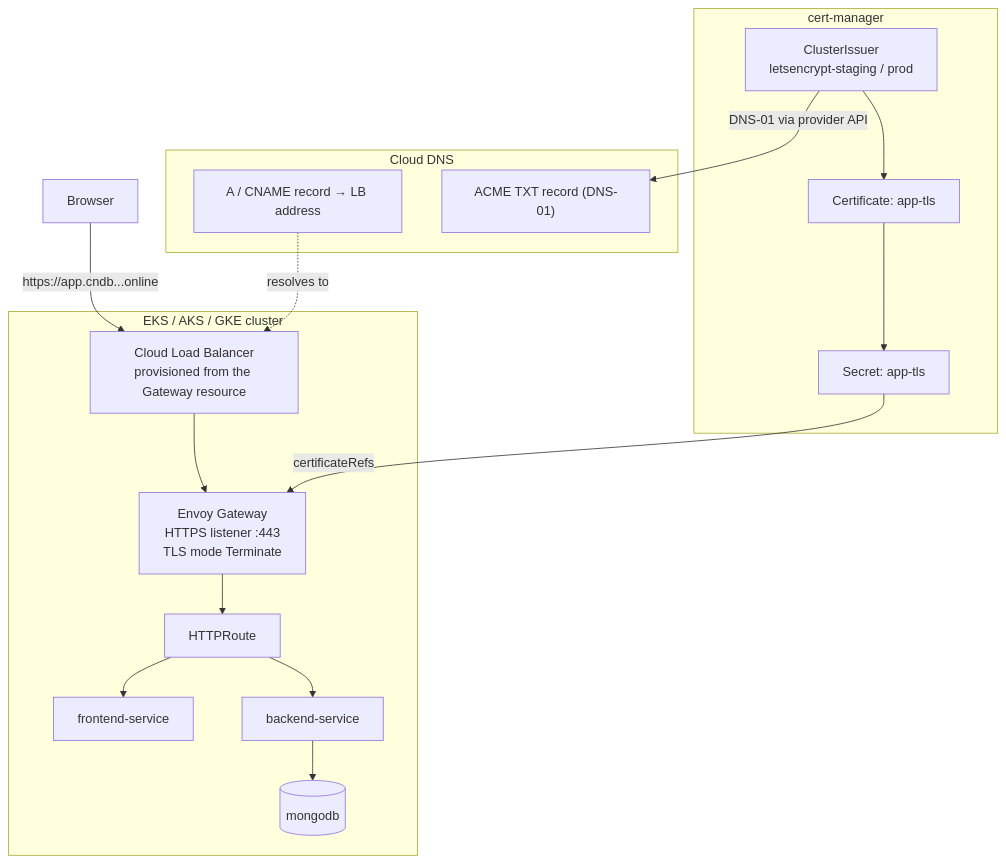
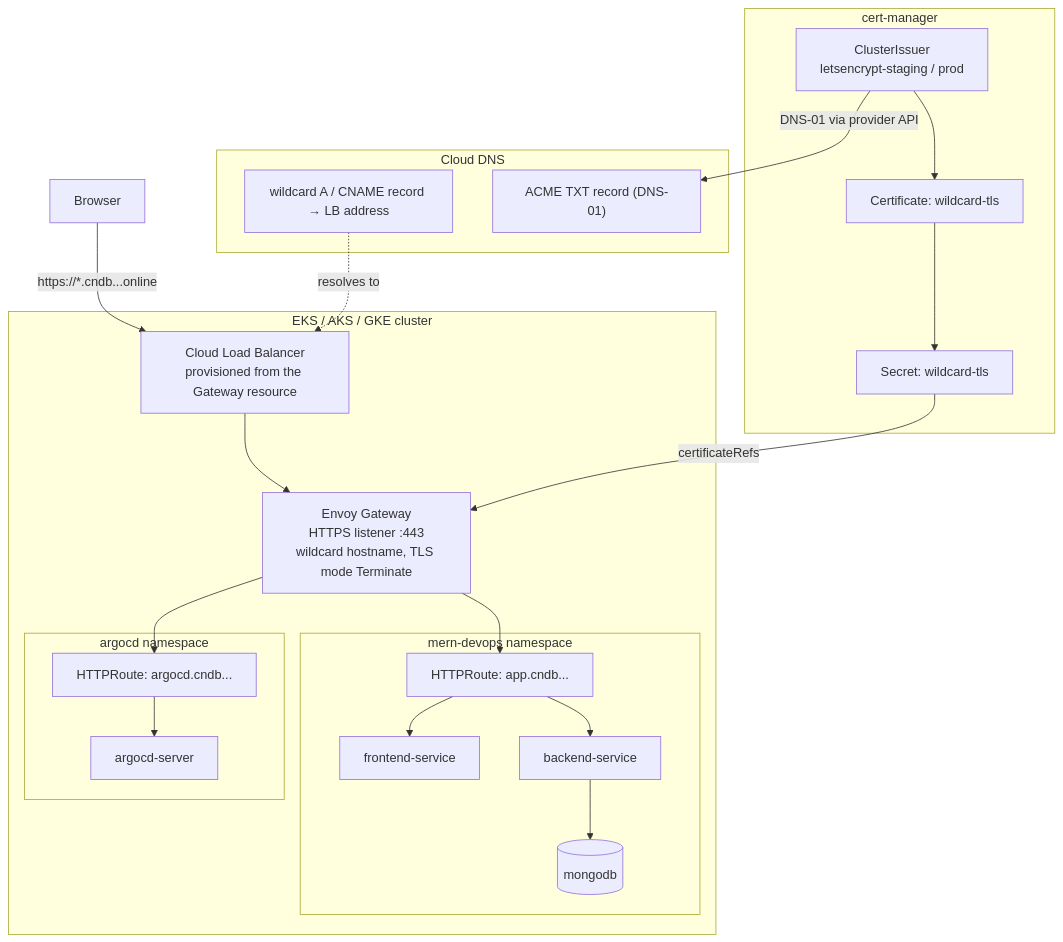
The first of 2 diagrams in README.md (atkaridarshan04/cloudnative-devops-blueprint), drawn with Mermaid before and after one commit. The commit also changed other lines of this file and 12 other files, not shown here.

Commit message:
add argocd gitops deployment and switch to a wildcard TLS cert

````diff
--- a/README.md
+++ b/README.md
@@ -49,33 +51,41 @@
 ```mermaid
 flowchart TD
-    Browser[Browser] -->|"https://app.cndb...online"| LB
+    Browser[Browser] -->|"https://*.cndb...online"| LB
 
     subgraph "Cloud DNS"
-        DNSRec["A / CNAME record → LB address"]
+        DNSRec["wildcard A / CNAME record → LB address"]
         TXT["ACME TXT record (DNS-01)"]
     end
 
     subgraph "EKS / AKS / GKE cluster"
         LB[Cloud Load Balancer<br/>provisioned from the Gateway resource]
-        GW[Envoy Gateway<br/>HTTPS listener :443<br/>TLS mode Terminate]
-        Route[HTTPRoute]
-        FE[frontend-service]
-        BE[backend-service]
-        DB[(mongodb)]
+        GW[Envoy Gateway<br/>HTTPS listener :443<br/>wildcard hostname, TLS mode Terminate]
+
+        subgraph "mern-devops namespace"
+            AppRoute[HTTPRoute: app.cndb...]
+            FE[frontend-service]
+            BE[backend-service]
+            DB[(mongodb)]
+        end
+
+        subgraph "argocd namespace"
+            ArgoRoute[HTTPRoute: argocd.cndb...]
+            ArgoSvc[argocd-server]
+        end
     end
 
     subgraph "cert-manager"
         CI[ClusterIssuer<br/>letsencrypt-staging / prod]
-        Cert[Certificate: app-tls]
-        Secret[Secret: app-tls]
+        Cert[Certificate: wildcard-tls]
+        Secret[Secret: wildcard-tls]
     end
 
-    LB --> GW --> Route
-    Route --> FE
-    Route --> BE
-    BE --> DB
+    LB --> GW
+    GW --> AppRoute --> FE
+    AppRoute --> BE --> DB
+    GW --> ArgoRoute --> ArgoSvc
 
     DNSRec -.->|resolves to| LB
     CI -->|DNS-01 via provider API| TXT
     CI --> Cert --> Secret -->|certificateRefs| GW
 ```
````
